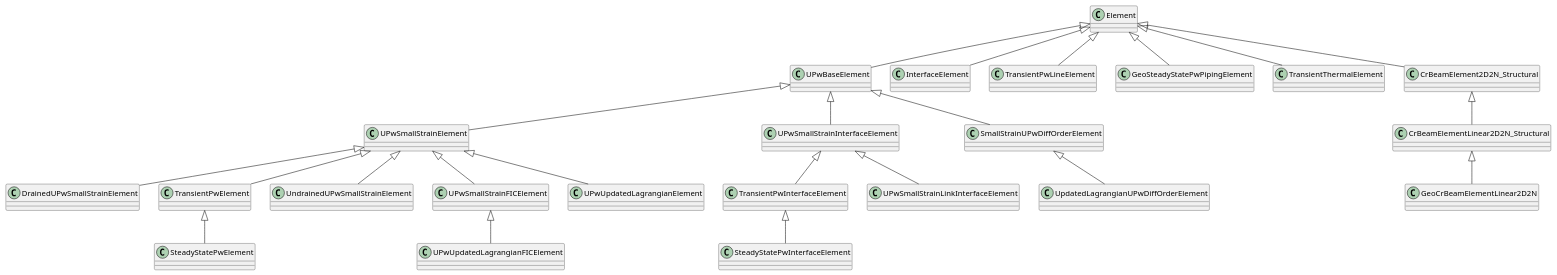
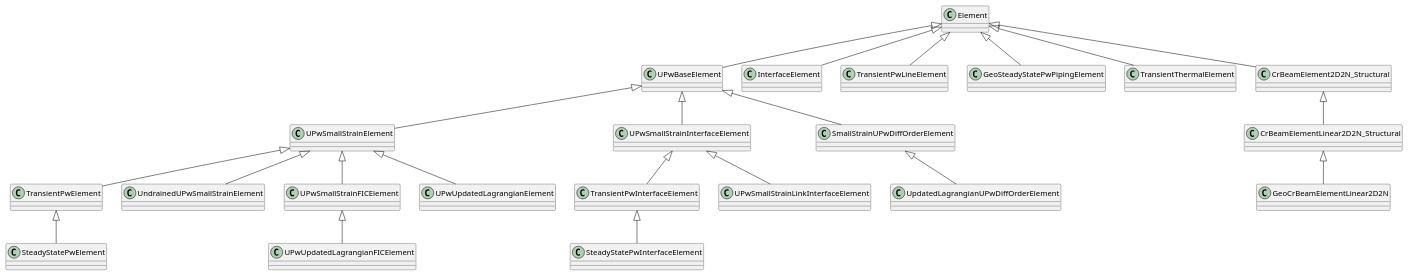
The diagram in applications/GeoMechanicsApplication/custom_elements/element_hierarchy.puml (KratosMultiphysics/Kratos), drawn with PlantUML before and after one commit. The commit also changed 3 other files, not shown here.

Commit message:
removal of DrainedUPwSmallStrainElement

```diff
--- a/applications/GeoMechanicsApplication/custom_elements/element_hierarchy.puml
+++ b/applications/GeoMechanicsApplication/custom_elements/element_hierarchy.puml
@@ -1,72 +1,70 @@
 @startuml
 'https://plantuml.com/class-diagram
 
 class Element
 
 'UPW
 class UPwBaseElement
 
 class UPwSmallStrainElement
-class DrainedUPwSmallStrainElement
 class TransientPwElement
 class SteadyStatePwElement
 class UndrainedUPwSmallStrainElement
 class UPwSmallStrainFICElement
 class UPwUpdatedLagrangianFICElement
 class UPwUpdatedLagrangianElement
 
 class UPwSmallStrainInterfaceElement
 class TransientPwInterfaceElement
 class SteadyStatePwInterfaceElement
 class UPwSmallStrainLinkInterfaceElement
 
 Element <|-- UPwBaseElement
 UPwBaseElement <|-- UPwSmallStrainElement
 
-UPwSmallStrainElement <|-- DrainedUPwSmallStrainElement
 UPwSmallStrainElement <|-- TransientPwElement
 TransientPwElement <|-- SteadyStatePwElement
 UPwSmallStrainElement <|-- UndrainedUPwSmallStrainElement
 UPwSmallStrainElement <|-- UPwSmallStrainFICElement
 UPwSmallStrainFICElement <|-- UPwUpdatedLagrangianFICElement
 UPwSmallStrainElement <|-- UPwUpdatedLagrangianElement
 
 '
 '
 'Diff Order
 class SmallStrainUPwDiffOrderElement
 class UpdatedLagrangianUPwDiffOrderElement
 
 UPwBaseElement <|-- SmallStrainUPwDiffOrderElement
 SmallStrainUPwDiffOrderElement <|-- UpdatedLagrangianUPwDiffOrderElement
 
 UPwBaseElement <|-- UPwSmallStrainInterfaceElement
 UPwSmallStrainInterfaceElement <|-- TransientPwInterfaceElement
 TransientPwInterfaceElement <|-- SteadyStatePwInterfaceElement
 UPwSmallStrainInterfaceElement <|-- UPwSmallStrainLinkInterfaceElement
 
 class InterfaceElement
 Element <|-- InterfaceElement
 
 'Pw Elements
 class TransientPwLineElement
 class GeoSteadyStatePwPipingElement
 
 Element <|-- TransientPwLineElement
 Element <|-- GeoSteadyStatePwPipingElement
 
 ''Thermal
 class TransientThermalElement
 Element <|-- TransientThermalElement
 '
 '
 'Structural
 class CrBeamElement2D2N_Structural
 class CrBeamElementLinear2D2N_Structural
 class GeoCrBeamElementLinear2D2N
 
 Element <|-- CrBeamElement2D2N_Structural
 CrBeamElement2D2N_Structural <|-- CrBeamElementLinear2D2N_Structural
 CrBeamElementLinear2D2N_Structural <|-- GeoCrBeamElementLinear2D2N
 
 @enduml
```
